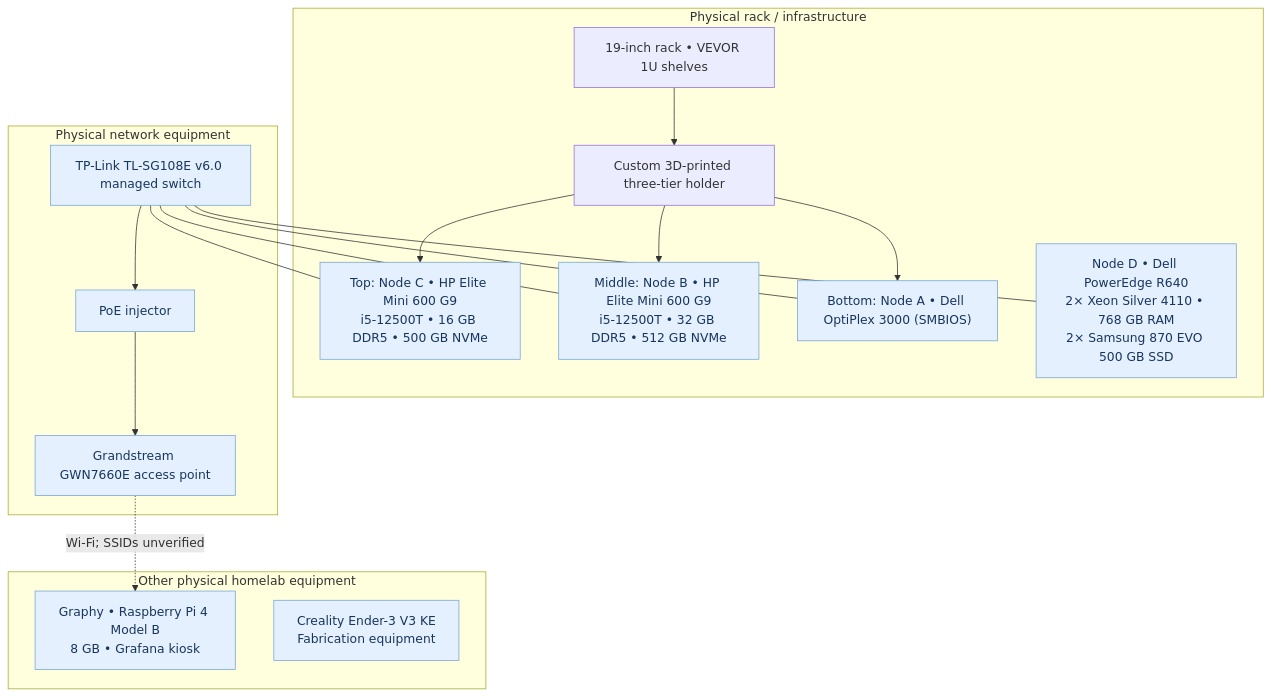
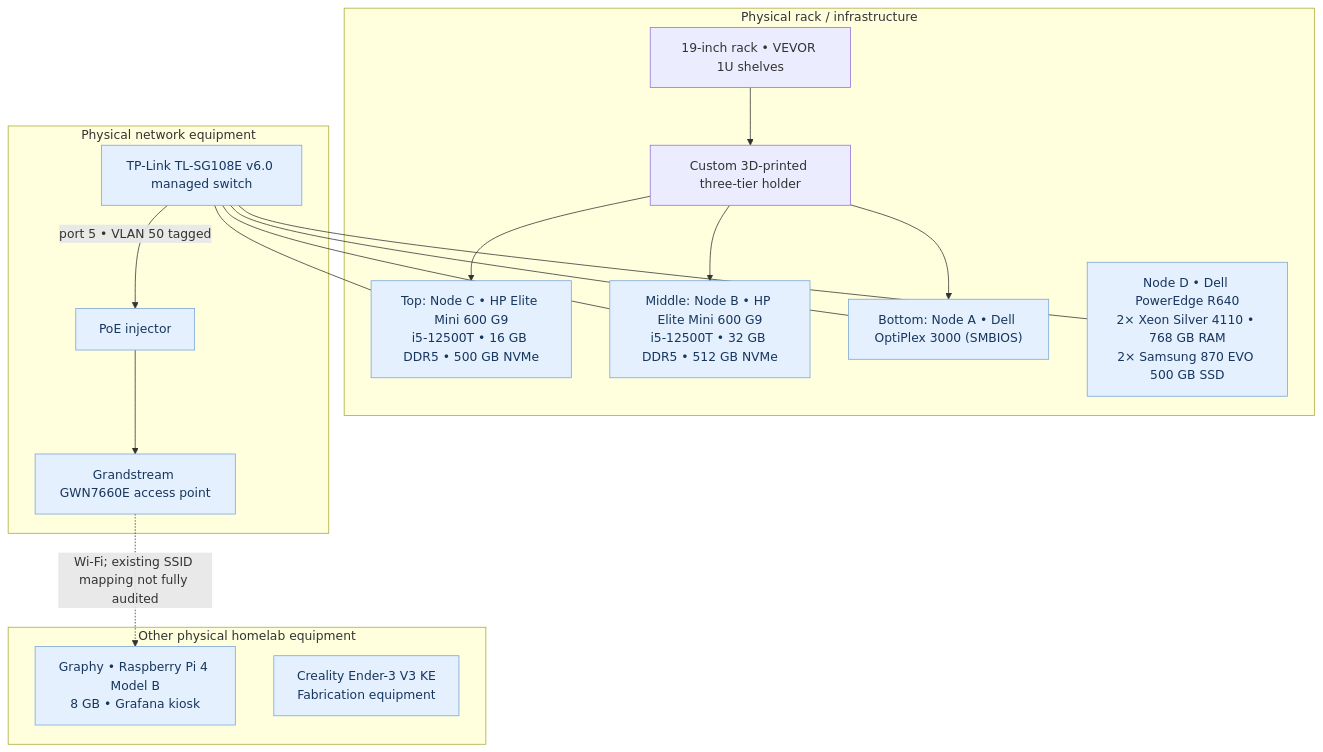
One commit to samuelkemp1619/HOMELAB-PORTFOLIO changed the third of 3 diagrams in network/diagrams/README.md. Above: the diagram before and after it, drawn with Mermaid. The commit also changed other lines of this file, not shown here.

Commit message:
Update portfolio for completed unrestricted Wi-Fi VLAN 50 deployment

````diff
--- a/network/diagrams/README.md
+++ b/network/diagrams/README.md
@@ -105,32 +107,32 @@
 ```mermaid
 flowchart TB
     subgraph RACK["Physical rack / infrastructure"]
         SHELVES["19-inch rack • VEVOR 1U shelves"]
         HOLDER["Custom 3D-printed three-tier holder"]
         H3["Top: Node C • HP Elite Mini 600 G9<br/>i5-12500T • 16 GB DDR5 • 500 GB NVMe"]
         H2["Middle: Node B • HP Elite Mini 600 G9<br/>i5-12500T • 32 GB DDR5 • 512 GB NVMe"]
         H1["Bottom: Node A • Dell OptiPlex 3000 (SMBIOS)"]
         R640["Node D • Dell PowerEdge R640<br/>2× Xeon Silver 4110 • 768 GB RAM<br/>2× Samsung 870 EVO 500 GB SSD"]
         SHELVES --> HOLDER
         HOLDER --> H3
         HOLDER --> H2
         HOLDER --> H1
     end
     subgraph NETWORK_HW["Physical network equipment"]
         SWITCH_HW["TP-Link TL-SG108E v6.0 managed switch"]
         INJECTOR["PoE injector"]
         ACCESS["Grandstream GWN7660E access point"]
-        SWITCH_HW --> INJECTOR --> ACCESS
+        SWITCH_HW -->|"port 5 • VLAN 50 tagged"| INJECTOR --> ACCESS
     end
     subgraph OTHER_HW["Other physical homelab equipment"]
         PI4["Graphy • Raspberry Pi 4 Model B<br/>8 GB • Grafana kiosk"]
         PRINTER["Creality Ender-3 V3 KE<br/>Fabrication equipment"]
     end
     SWITCH_HW --- H1
     SWITCH_HW --- H2
     SWITCH_HW --- H3
     SWITCH_HW --- R640
-    ACCESS -. "Wi-Fi; SSIDs unverified" .-> PI4
+    ACCESS -. "Wi-Fi; existing SSID mapping not fully audited" .-> PI4
     classDef platform fill:#e5f0ff,color:#17365d,stroke:#77a5d6
     class H1,H2,H3,R640,SWITCH_HW,INJECTOR,ACCESS,PI4,PRINTER platform
 ```
````
